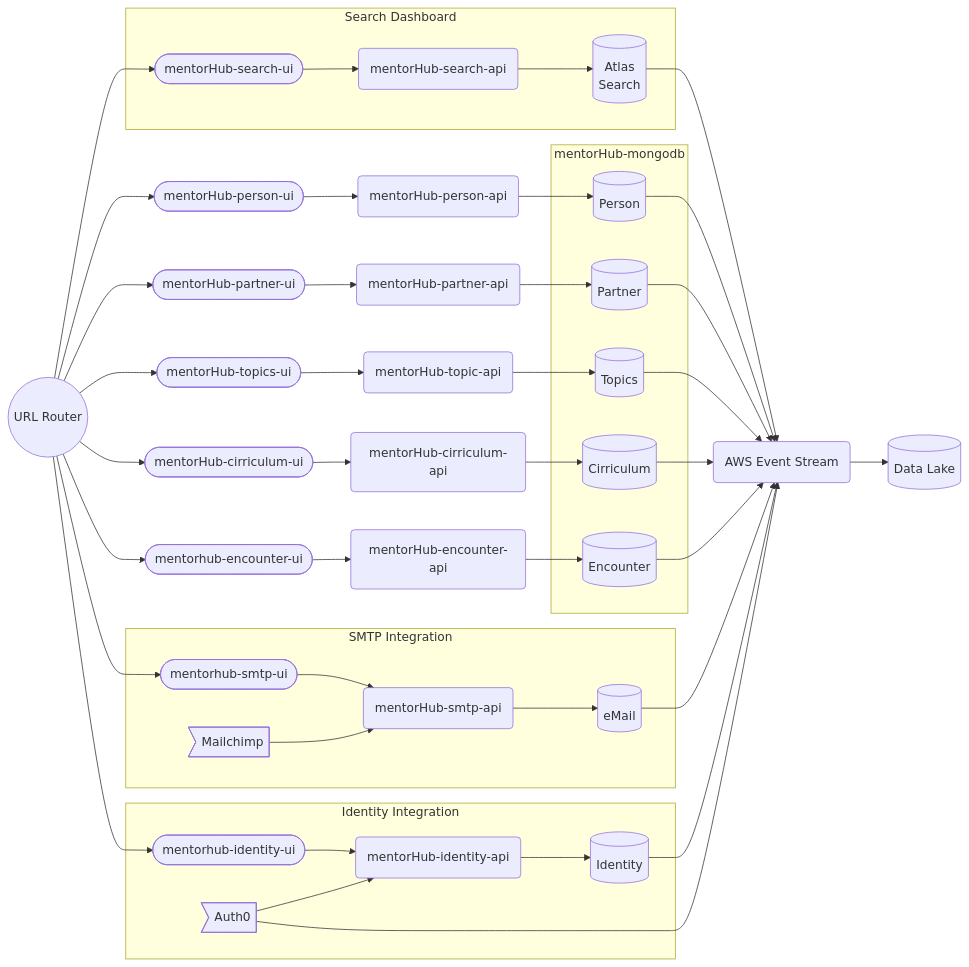
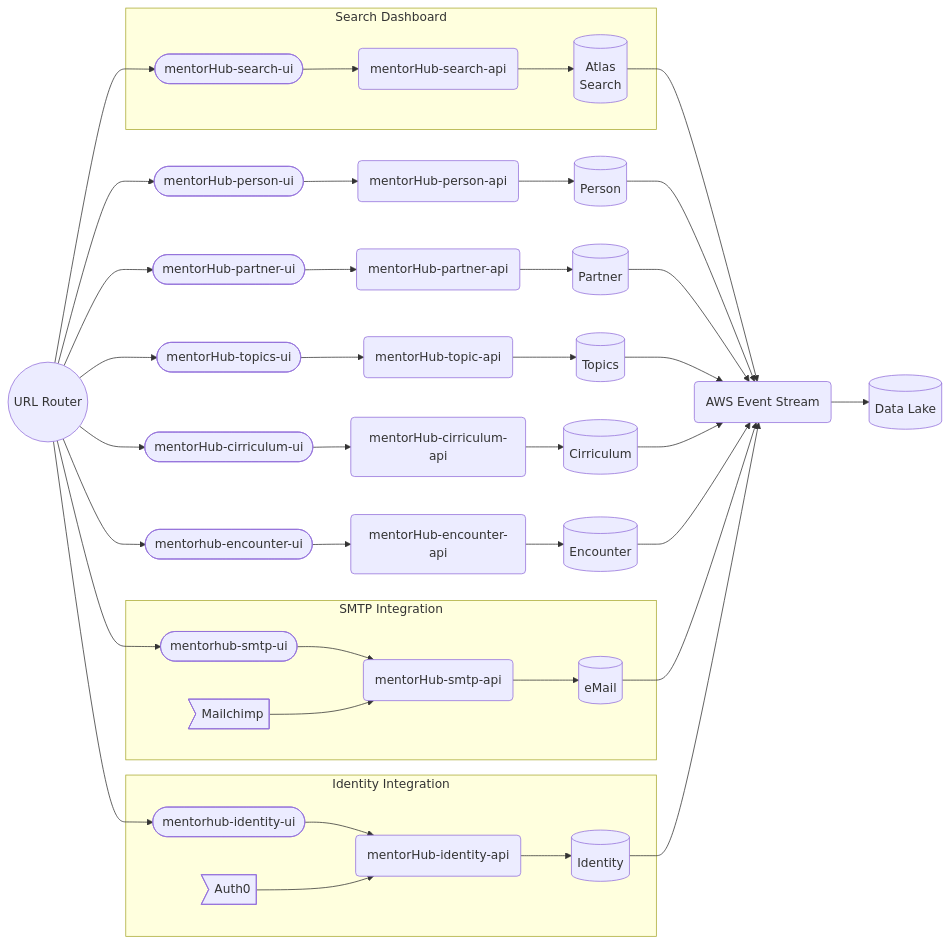
The first of 6 diagrams in specifications/ARCHITECTURE.md (agile-learning-institute/mentorHub), drawn with Mermaid before and after one commit.

Commit message:
debug diagrams

````diff
--- a/specifications/ARCHITECTURE.md
+++ b/specifications/ARCHITECTURE.md
@@ -19,81 +19,67 @@
 ```mermaid
 flowchart LR
     APIG((URL Router))
     BUS(AWS Event Stream)
     --> DataLake[(Data Lake)]
 
     APIG 
     --> SearchUI([mentorHub-search-ui])
     subgraph Search Dashboard
         SearchUI
         --> SearchAPI(mentorHub-search-api)
         --> SearchDB[(Atlas
             Search)]
     end
     SearchDB --> BUS
 
     APIG
     --> PersonUI([mentorHub-person-ui])
     --> PersonAPI(mentorHub-person-api)
     --> PersonDB[(Person)]
     --> BUS
 
     APIG
     --> PartnerUI([mentorHub-partner-ui])
     --> PartnerAPI(mentorHub-partner-api)
     --> PartnerDB[(Partner)]
     --> BUS
 
     APIG    
     --> TopicsUI([mentorHub-topics-ui])
     --> TopicsAPI(mentorHub-topic-api)
     --> TopicsDB[(Topics)]
     --> BUS
 
     APIG    
     --> CirriculumUI([mentorHub-cirriculum-ui])
     --> CirriculumAPI(mentorHub-cirriculum-api)
     --> CirriculumDB[(Cirriculum)]
     --> BUS
 
     APIG    
     --> EncounterUI([mentorhub-encounter-ui])
     --> EncounterAPI(mentorHub-encounter-api)
     --> EncounterDB[(Encounter)]
     --> BUS
 
     APIG --> eMailUI([mentorhub-smtp-ui])
     subgraph SMTP Integration
         eMailUI
         --> eMailAPI(mentorHub-smtp-api)
         --> eMailDB[(eMail)]
         eMail>Mailchimp]
         --> eMailAPI
     end
     eMailDB --> BUS
 
     APIG --> IdentityUI([mentorhub-identity-ui])    
     subgraph Identity Integration
         IdentityUI
         --> IdentityAPI(mentorHub-identity-api)
         --> IdentityDB[(Identity)]
         Auth0>Auth0]
         --> IdentityAPI
     end
     IdentityDB --> BUS
 
-    Auth0 
-    --> BUS
-
-    subgraph mentorHub-mongodb
-        PersonDB
-        TopicsDB
-        PartnerDB
-        CirriculumDB
-        EncounterDB
-        IdentityDB
-        eMailDB
-    end
-
-
 ```
````
